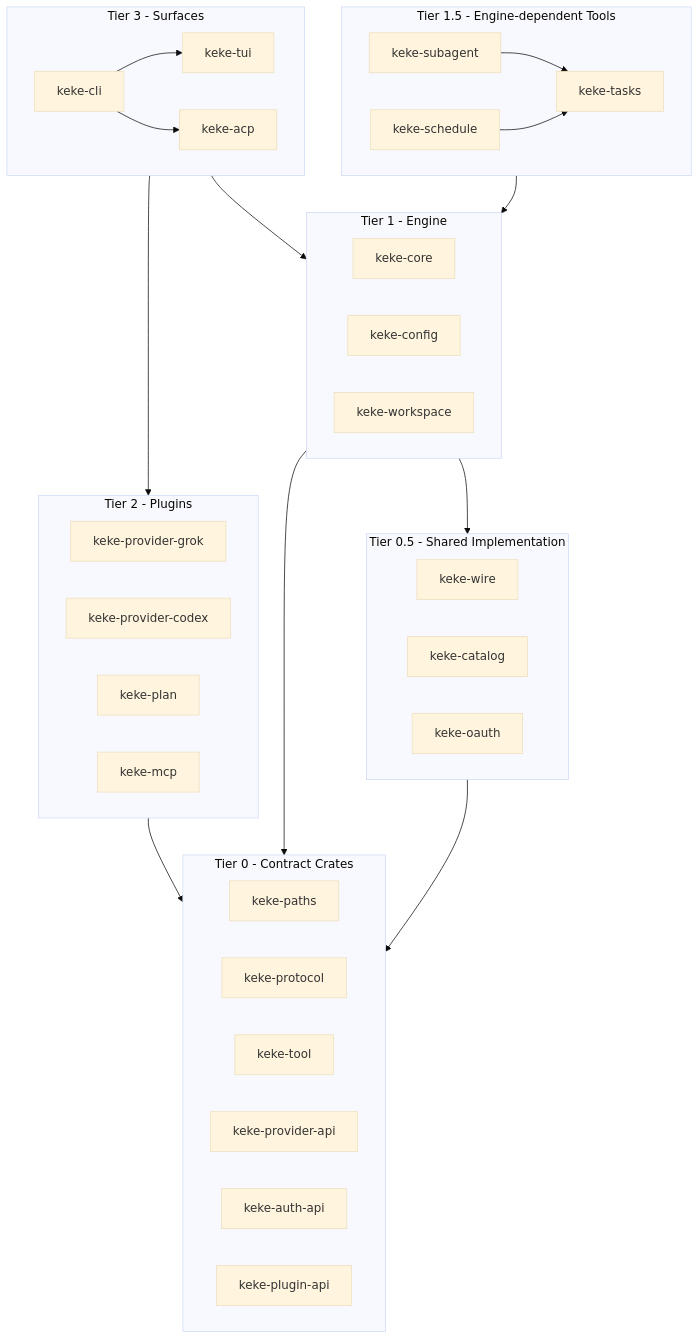
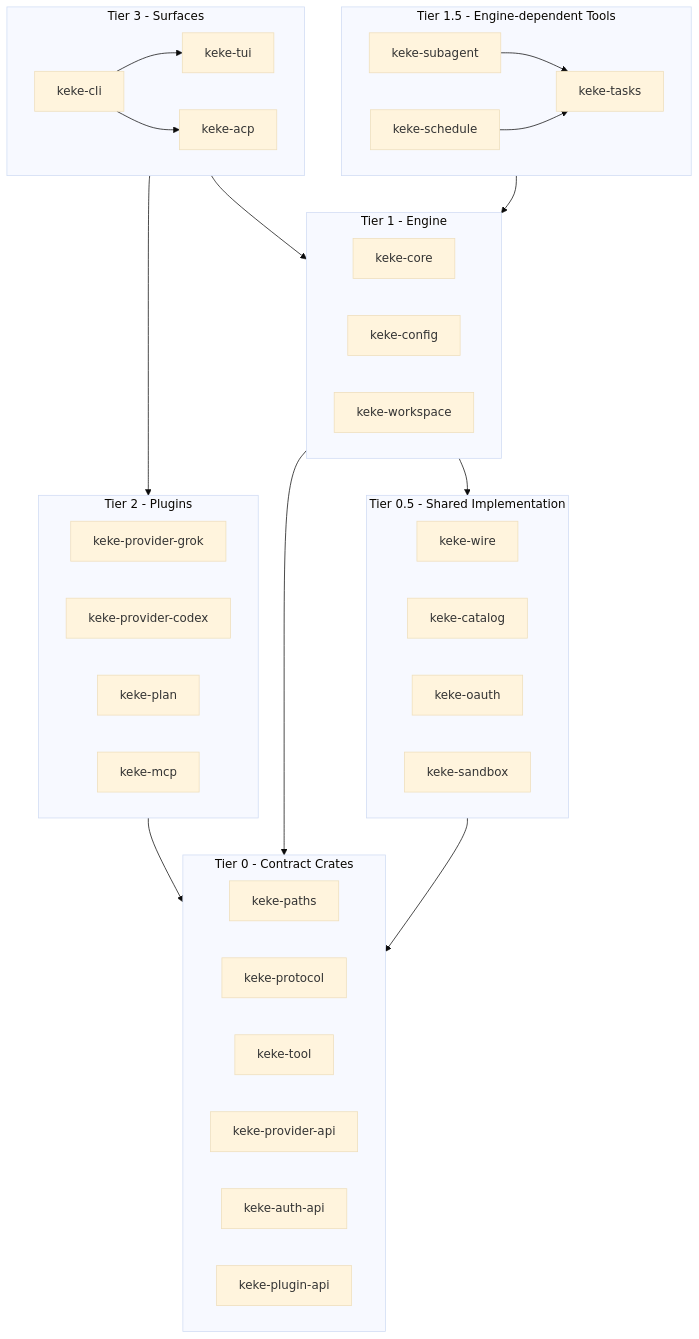
The diagram in docs/architecture.md (milisp/keke-agent), drawn with Mermaid (base theme) before and after one commit. The commit also changed other lines of this file and 4 other files, not shown here.

````diff
--- a/docs/architecture.md
+++ b/docs/architecture.md
@@ -46,48 +46,49 @@
 ```mermaid
 graph TD
     subgraph Tier3["Tier 3 - Surfaces"]
         keke-cli --> keke-tui
         keke-cli --> keke-acp
     end
 
     subgraph Tier2["Tier 2 - Plugins"]
         keke-provider-grok
         keke-provider-codex
         keke-plan
         keke-mcp
     end
 
     subgraph Tier1_5["Tier 1.5 - Engine-dependent Tools"]
         keke-subagent --> keke-tasks
         keke-schedule --> keke-tasks
     end
 
     subgraph Tier1["Tier 1 - Engine"]
         keke-core
         keke-config
         keke-workspace
     end
 
     subgraph Tier0_5["Tier 0.5 - Shared Implementation"]
         keke-wire
         keke-catalog
         keke-oauth
+        keke-sandbox
     end
 
     subgraph Tier0["Tier 0 - Contract Crates"]
         keke-paths
         keke-protocol
         keke-tool
         keke-provider-api
         keke-auth-api
         keke-plugin-api
     end
 
     Tier3 --> Tier2
     Tier3 --> Tier1
     Tier2 --> Tier0
     Tier1_5 --> Tier1
     Tier1 --> Tier0_5
     Tier1 --> Tier0
     Tier0_5 --> Tier0
 ```
````
